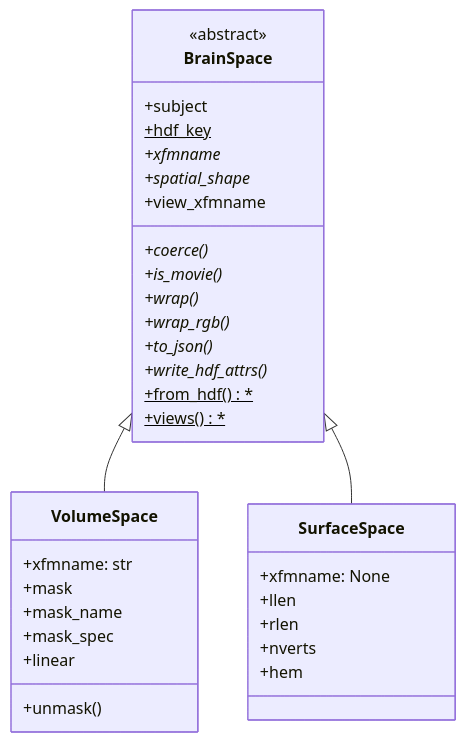
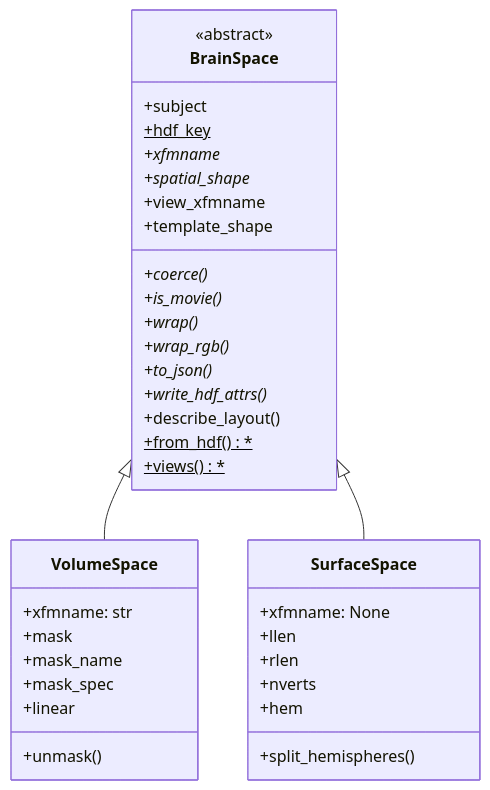
The second of 2 diagrams in cortex/dataset/INHERITANCE.md (kroq-gar78/pycortex), drawn with Mermaid before and after one commit. The commit also changed other lines of this file, not shown here.

````diff
--- a/cortex/dataset/INHERITANCE.md
+++ b/cortex/dataset/INHERITANCE.md
@@ -220,37 +220,40 @@
 ```mermaid
 classDiagram
     direction TB
     class BrainSpace {
         <<abstract>>
         +subject
         +hdf_key$
         +xfmname*
         +coerce()*
         +is_movie()*
         +spatial_shape*
         +wrap()*
         +wrap_rgb()*
         +to_json()*
         +write_hdf_attrs()*
         +view_xfmname
+        +template_shape
+        +describe_layout()
         +from_hdf()$*
         +views()$*
     }
     class VolumeSpace {
         +xfmname: str
         +mask
         +mask_name
         +mask_spec
         +linear
         +unmask()
     }
     class SurfaceSpace {
         +xfmname: None
         +llen
         +rlen
         +nverts
         +hem
+        +split_hemispheres()
     }
     BrainSpace <|-- VolumeSpace
     BrainSpace <|-- SurfaceSpace
 ```
````
